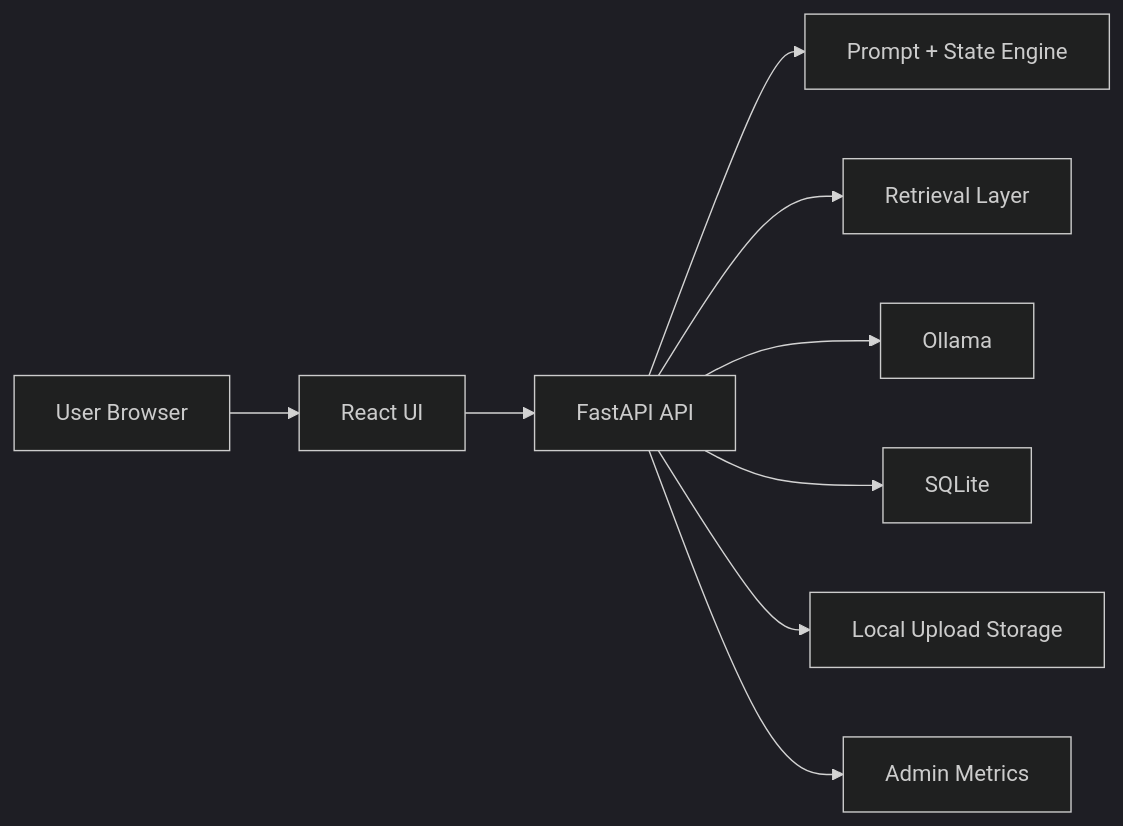
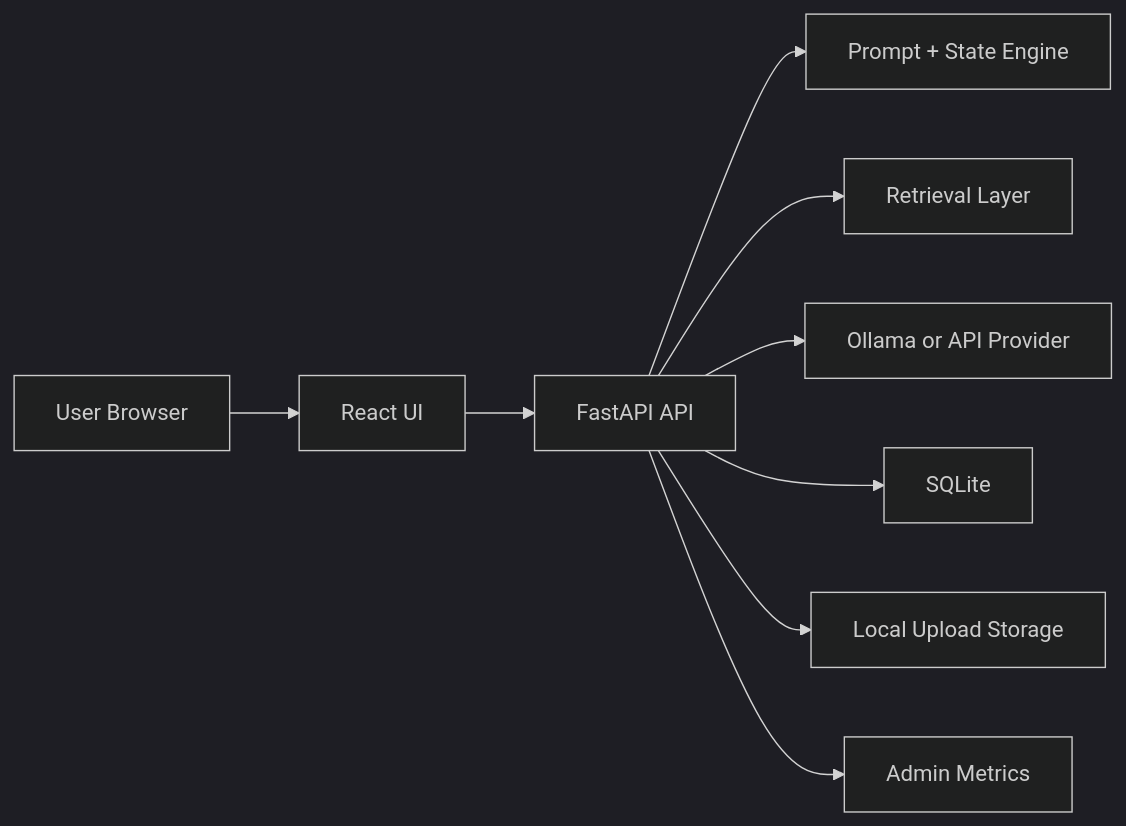
One commit to saimihirj/Sift changed the first of 9 diagrams in docs/PLATFORM_OVERVIEW.md. Above: the diagram before and after it, drawn with Mermaid (dark theme). The commit also changed other lines of this file and 3 other files, not shown here.

````diff
--- a/docs/PLATFORM_OVERVIEW.md
+++ b/docs/PLATFORM_OVERVIEW.md
@@ -127,11 +146,11 @@
 ```mermaid
 flowchart LR
     U["User Browser"] --> UI["React UI"]
     UI --> API["FastAPI API"]
     API --> PROMPT["Prompt + State Engine"]
     API --> RET["Retrieval Layer"]
-    API --> MODEL["Ollama"]
+    API --> MODEL["Ollama or API Provider"]
     API --> DB["SQLite"]
     API --> FILES["Local Upload Storage"]
     API --> ADMIN["Admin Metrics"]
 ```
````
